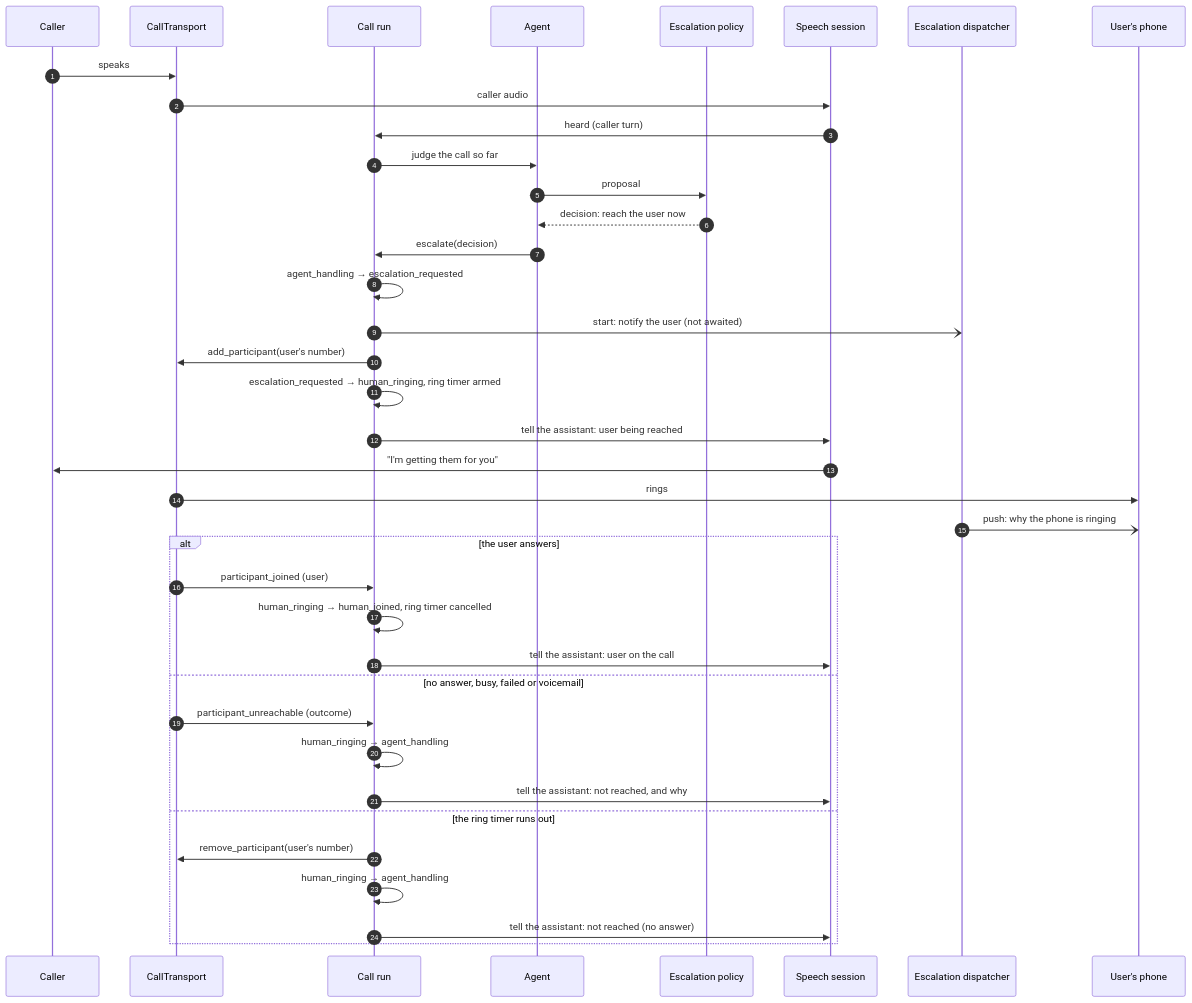
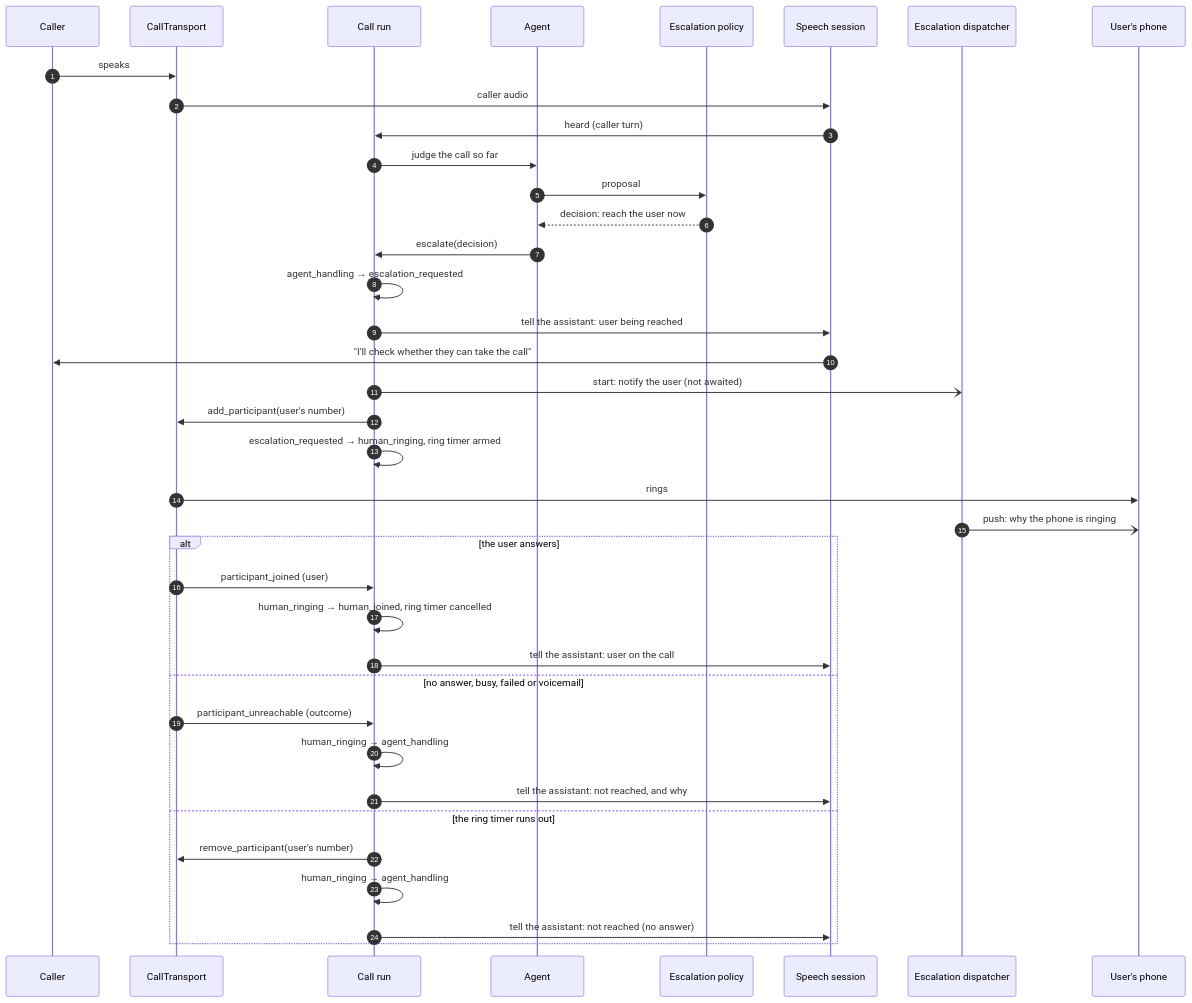
The second of 2 diagrams in docs/architecture/call-flow.md (letmehandle-org/letmehandle), drawn with Mermaid before and after one commit. The commit also changed other lines of this file and 10 other files, not shown here.

First line of the commit message:
fix(agent): the assistant checks for the user instead of saying it cannot (#57)

````diff
--- a/docs/architecture/call-flow.md
+++ b/docs/architecture/call-flow.md
@@ -99,41 +99,41 @@
 ```mermaid
 sequenceDiagram
     autonumber
     participant C as Caller
     participant T as CallTransport
     participant R as Call run
     participant A as Agent
     participant P as Escalation policy
     participant S as Speech session
     participant D as Escalation dispatcher
     participant U as User's phone
 
     C->>T: speaks
     T->>S: caller audio
     S->>R: heard (caller turn)
     R->>A: judge the call so far
     A->>P: proposal
     P-->>A: decision: reach the user now
     A->>R: escalate(decision)
     R->>R: agent_handling → escalation_requested
+    R->>S: tell the assistant: user being reached
+    S->>C: "I'll check whether they can take the call"
     R-)D: start: notify the user (not awaited)
     R->>T: add_participant(user's number)
     R->>R: escalation_requested → human_ringing, ring timer armed
-    R->>S: tell the assistant: user being reached
-    S->>C: "I'm getting them for you"
     T->>U: rings
     D-)U: push: why the phone is ringing
     alt the user answers
         T->>R: participant_joined (user)
         R->>R: human_ringing → human_joined, ring timer cancelled
         R->>S: tell the assistant: user on the call
     else no answer, busy, failed or voicemail
         T->>R: participant_unreachable (outcome)
         R->>R: human_ringing → agent_handling
         R->>S: tell the assistant: not reached, and why
     else the ring timer runs out
         R->>T: remove_participant(user's number)
         R->>R: human_ringing → agent_handling
         R->>S: tell the assistant: not reached (no answer)
     end
 ```
````
